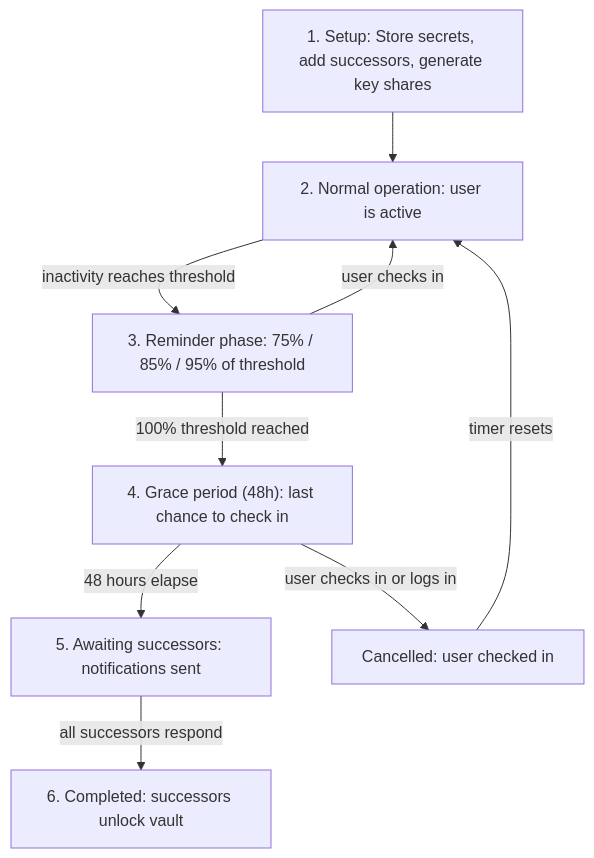
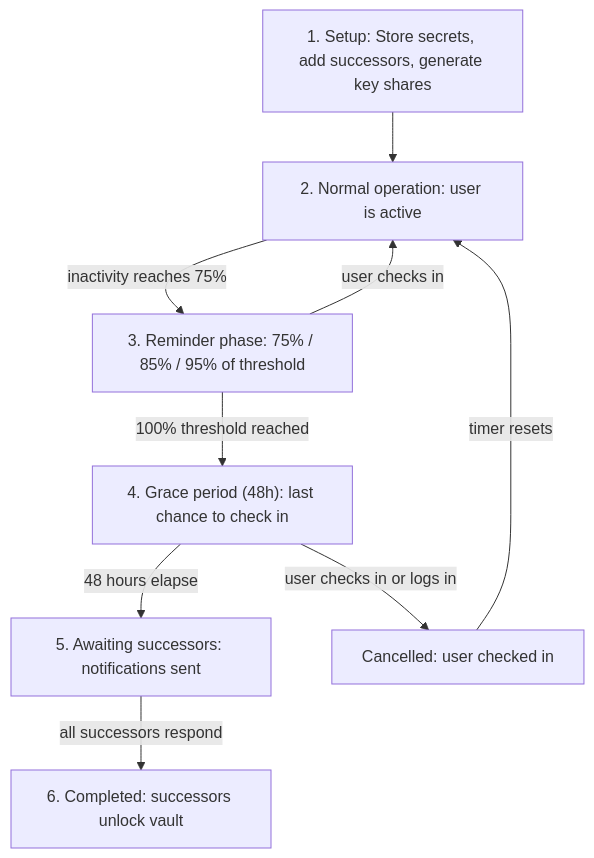
The first of 2 diagrams in README.md (HandoverKey/HandoverKey), drawn with Mermaid before and after one commit. The commit also changed other lines of this file and 1 other file, not shown here.

````diff
--- a/README.md
+++ b/README.md
@@ -84,19 +84,19 @@
 ```mermaid
 flowchart TD
     Setup["1. Setup: Store secrets, add successors, generate key shares"]
     Normal["2. Normal operation: user is active"]
     Reminders["3. Reminder phase: 75% / 85% / 95% of threshold"]
     Grace["4. Grace period (48h): last chance to check in"]
     Awaiting["5. Awaiting successors: notifications sent"]
     Complete["6. Completed: successors unlock vault"]
     Cancelled["Cancelled: user checked in"]
 
     Setup --> Normal
-    Normal -->|"inactivity reaches threshold"| Reminders
+    Normal -->|"inactivity reaches 75%"| Reminders
     Reminders -->|"user checks in"| Normal
     Reminders -->|"100% threshold reached"| Grace
     Grace -->|"user checks in or logs in"| Cancelled
     Grace -->|"48 hours elapse"| Awaiting
     Awaiting -->|"all successors respond"| Complete
     Cancelled -->|"timer resets"| Normal
 ```
````
